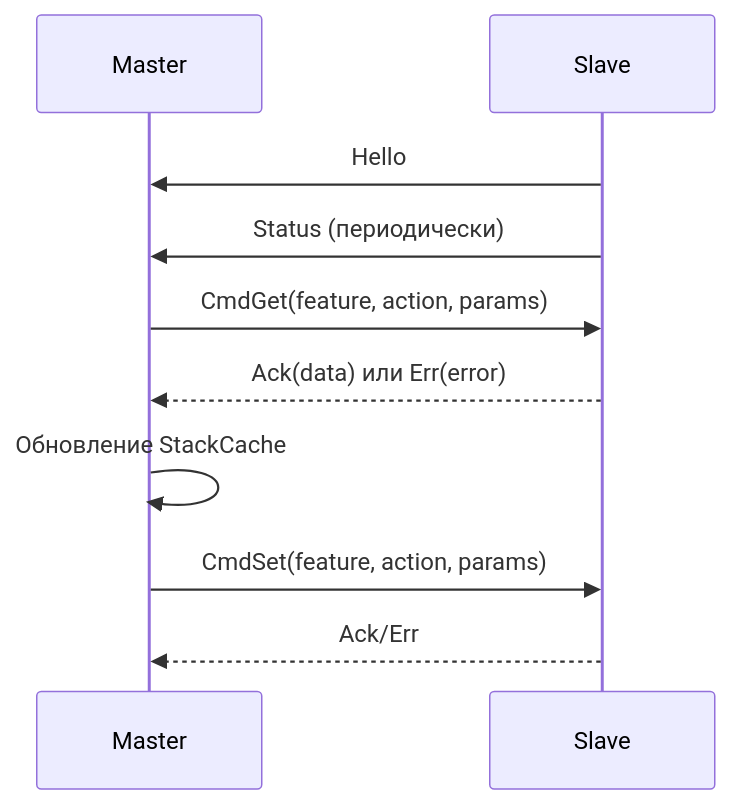
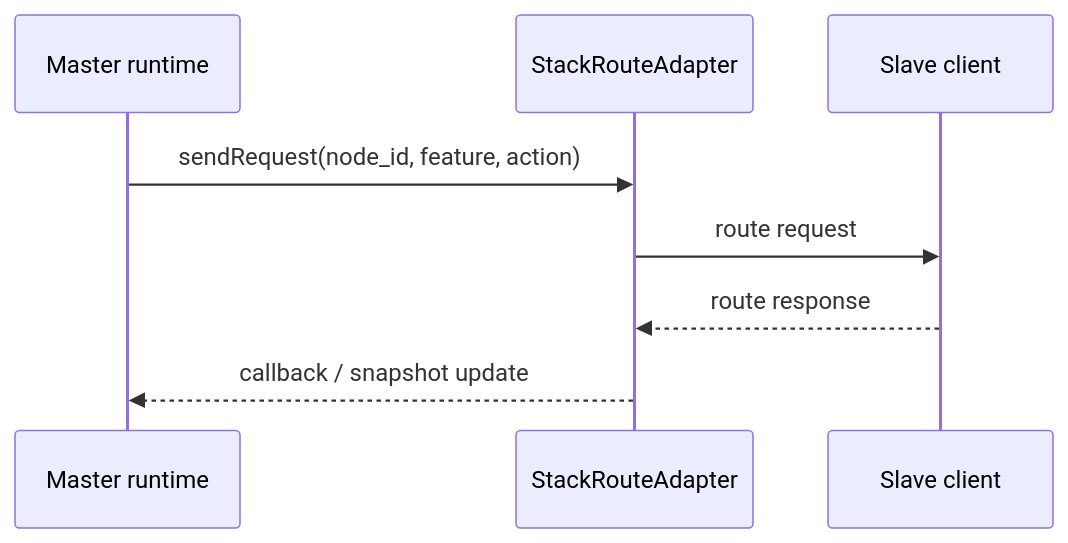
Before and after one commit to Denisov-Foundation-Limited/plc-esp2: the second of 5 diagrams in STACK.md, drawn with Mermaid. The commit also changed other lines of this file and 6 other files, not shown here.

````diff
--- a/STACK.md
+++ b/STACK.md
@@ -159,13 +232,11 @@
 ```mermaid
 sequenceDiagram
-  participant M as Master
-  participant S as Slave
+  participant M as Master runtime
+  participant A as StackRouteAdapter
+  participant S as Slave client
 
-  S->>M: Hello
-  S->>M: Status (периодически)
-  M->>S: CmdGet(feature, action, params)
-  S-->>M: Ack(data) или Err(error)
-  M->>M: Обновление StackCache
-  M->>S: CmdSet(feature, action, params)
-  S-->>M: Ack/Err
+  M->>A: sendRequest(node_id, feature, action)
+  A->>S: route request
+  S-->>A: route response
+  A-->>M: callback / snapshot update
 ```
````
